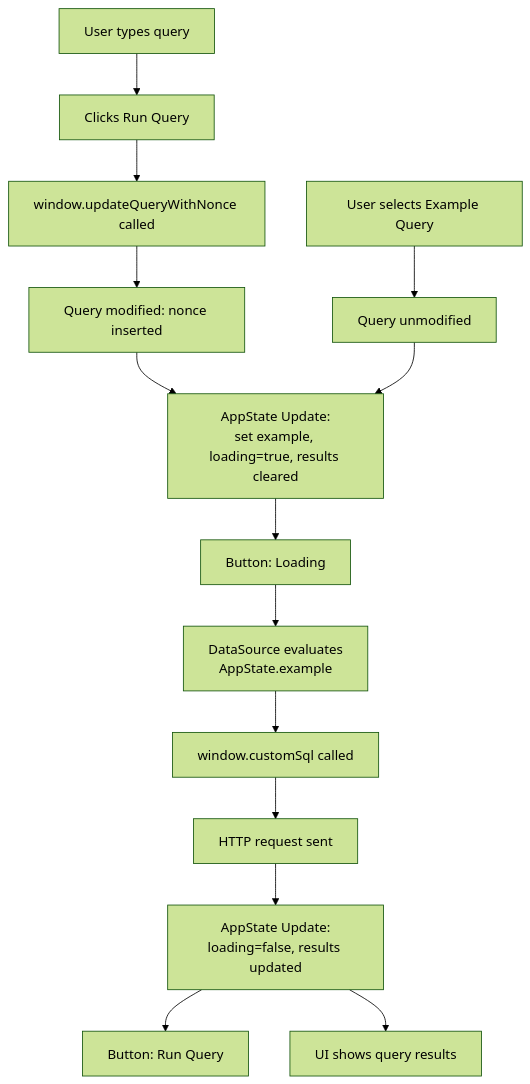
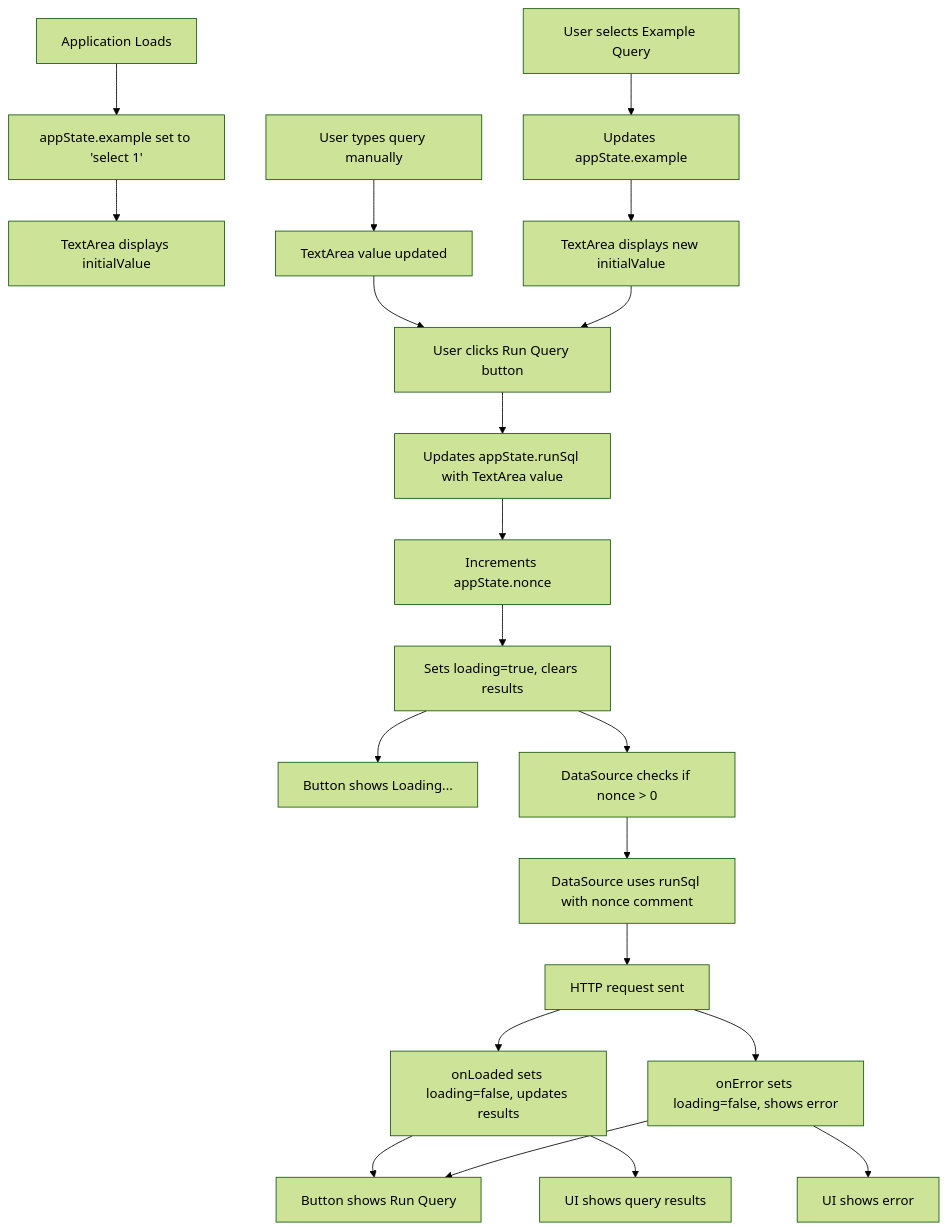
Before and after one commit to JonUdell/xmlui-mastodon: the diagram in resources/query-example-flow.md, drawn with Mermaid (forest theme). The commit also changed 2 other files, not shown here.

Commit message:
update reactivity flowchart

````diff
--- a/resources/query-example-flow.md
+++ b/resources/query-example-flow.md
@@ -1,28 +1,34 @@
 ```mermaid
+
 flowchart TD
-    %% Manual Query Path
-    A1[User types query] --> A2[Clicks Run Query]
-    A2 --> A3[window.updateQueryWithNonce called]
-    A3 --> A4[Query modified: nonce inserted]
+    %% Initial Setup
+    Z1[Application Loads] --> Z2[appState.example set to 'select 1']
+    Z2 --> Z3[TextArea displays initialValue]
 
-    %% Example Query Path
-    B1[User selects Example Query]
-    B1 --> B2[Query unmodified]
+    %% Query Input Path
+    A1[User types query manually] --> A1a[TextArea value updated]
+    B1[User selects Example Query] --> B2[Updates appState.example]
+    B2 --> B3[TextArea displays new initialValue]
 
-    %% AppState Update
-    A4 --> AS1[AppState Update:<br>set example, loading=true, results cleared]
-    B2 --> AS1
+    %% Run Query Path
+    A1a --> A2[User clicks Run Query button]
+    B3 --> A2
+    A2 --> A3[Updates appState.runSql with TextArea value]
+    A3 --> A4[Increments appState.nonce]
+    A4 --> A5[Sets loading=true, clears results]
 
-    %% Immediate UI effect
-    AS1 --> UI1[Button: Loading]
-
-    %% Query Execution
-    UI1 --> C1[DataSource evaluates<br>AppState.example]
-    C1 --> C2[window.customSql called]
-    C2 --> C3[HTTP request sent]
-    C3 --> AS2[AppState Update:<br>loading=false, results updated]
+    %% Effects of Run Query
+    A5 --> C1[Button shows Loading...]
+    A5 --> C2[DataSource checks if nonce > 0]
+    C2 --> C3[DataSource uses runSql with nonce comment]
+    C3 --> C4[HTTP request sent]
+    C4 --> C5[onLoaded sets loading=false, updates results]
+    C4 --> C6[onError sets loading=false, shows error]
 
     %% UI Updates
-    AS2 --> UI2[Button: Run Query]
-    AS2 --> D1[UI shows query results]
+    C5 --> D1[Button shows Run Query]
+    C5 --> D2[UI shows query results]
+    C6 --> D1
+    C6 --> D3[UI shows error]
+
 ```
````
